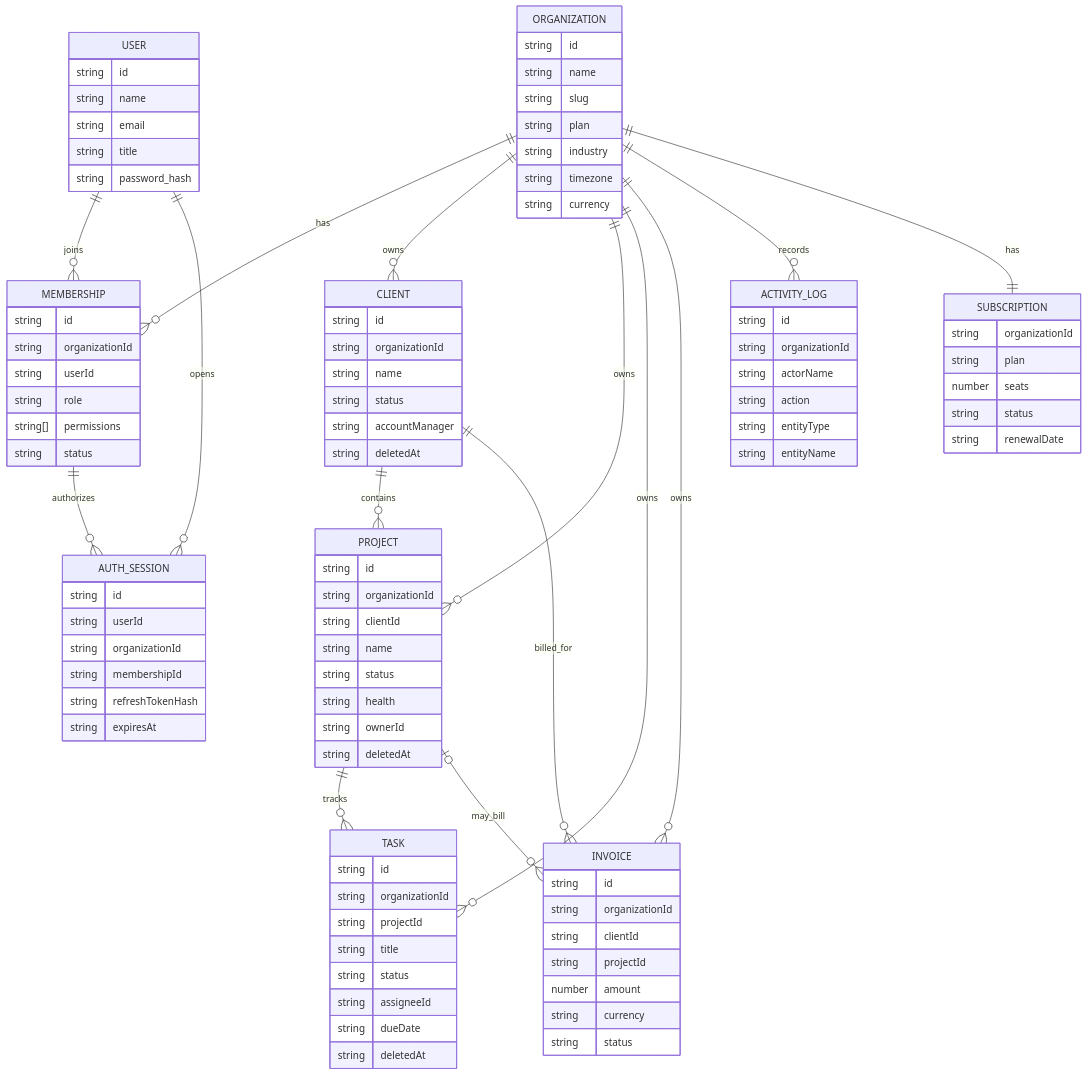
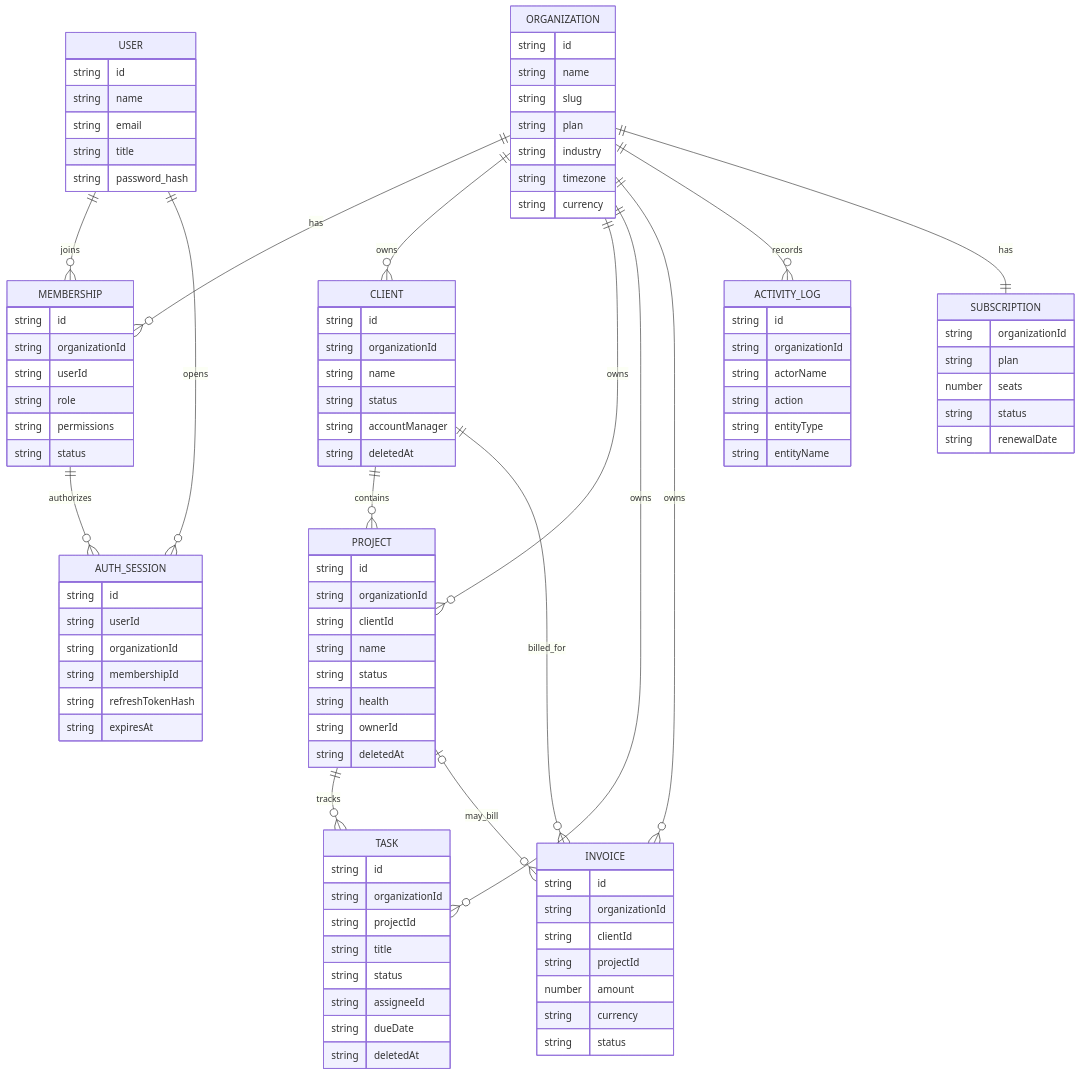
Before and after one commit to UditSingh12/Workgrid: the third of 3 diagrams in README.md, drawn with Mermaid. The commit also changed other lines of this file, not shown here.

Commit message:
Fix Mermaid diagram rendering in README

```diff
--- a/README.md
+++ b/README.md
@@ -172,7 +172,7 @@
       string organizationId
       string userId
       string role
-      string[] permissions
+      string permissions
       string status
     }
 
```
